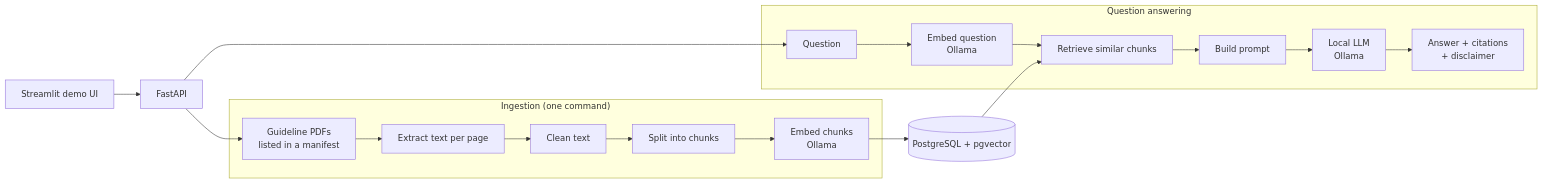
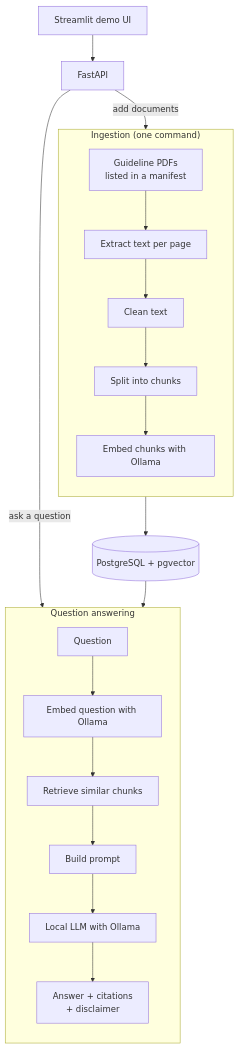
One commit to r-morenov/clinical-guideline-rag changed the diagram in docs/architecture.md. Above: the diagram before and after it, drawn with Mermaid.

Commit message:
Make the architecture diagram vertical and readable

````diff
--- a/docs/architecture.md
+++ b/docs/architecture.md
@@ -7,21 +7,26 @@
 ```mermaid
-flowchart LR
+flowchart TB
+    UI[Streamlit demo UI] --> API[FastAPI]
+    API -->|add documents| A
+    API -->|ask a question| Q
+
     subgraph Ingestion["Ingestion (one command)"]
+        direction TB
         A[Guideline PDFs<br/>listed in a manifest] --> B[Extract text per page]
         B --> C[Clean text]
         C --> D[Split into chunks]
-        D --> E[Embed chunks<br/>Ollama]
+        D --> E[Embed chunks with Ollama]
     end
-    E --> DB[(PostgreSQL + pgvector)]
+
     subgraph Answering["Question answering"]
-        Q[Question] --> QE[Embed question<br/>Ollama]
+        direction TB
+        Q[Question] --> QE[Embed question with Ollama]
         QE --> R[Retrieve similar chunks]
         R --> P[Build prompt]
-        P --> L[Local LLM<br/>Ollama]
+        P --> L[Local LLM with Ollama]
         L --> ANS[Answer + citations<br/>+ disclaimer]
     end
+
+    E --> DB[(PostgreSQL + pgvector)]
     DB --> R
-    UI[Streamlit demo UI] --> API[FastAPI]
-    API --> A
-    API --> Q
 ```
````
